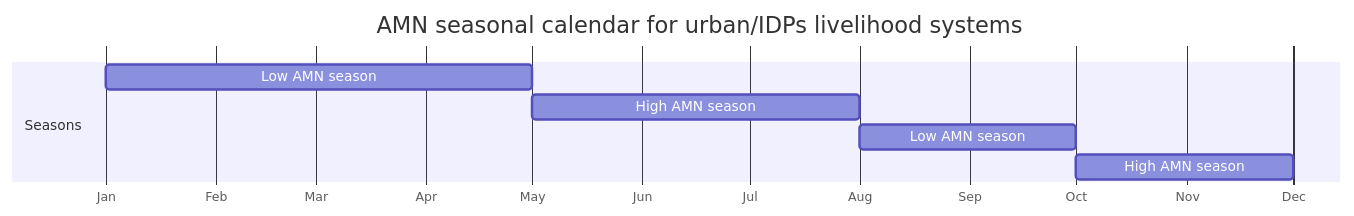
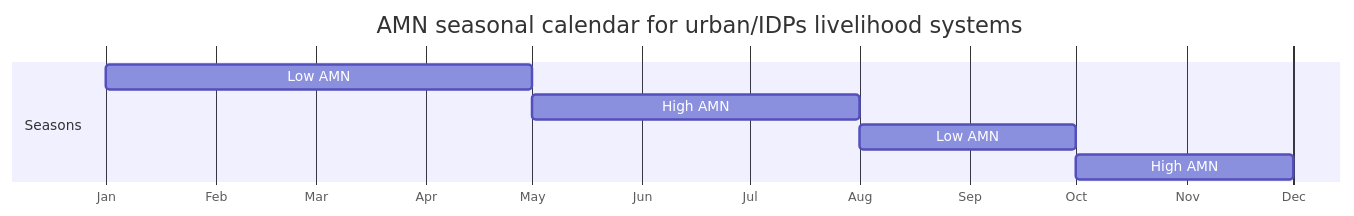
One commit to nutimes/som-sam-admit changed the fifth of 9 diagrams in presentation.qmd. Above: the diagram before and after it, drawn with Mermaid. The commit also changed other lines of this file, not shown here.

````diff
--- a/presentation.qmd
+++ b/presentation.qmd
@@ -630,17 +607,16 @@
 ```{mermaid}
 %%| label: amn-seasonal-calendar-urbanipds
-%%| fig-cap: "Source: adaptation based on this analysis findings"
 %%| fig-cap-location: bottom
 %%| fig-height: 4
 %%| fig-width: 13.7
 gantt
     title  AMN seasonal calendar for urban/IDPs livelihood systems
     dateFormat M
     axisFormat %b
     todayMarker off
     section Seasons
-    Low AMN season :1, 5
-    High AMN season :5, 8
-    Low AMN season :8, 10
-    High AMN season :10, 12
+        Low AMN :1, 5
+        High AMN :5, 8
+        Low AMN :8, 10
+        High AMN :10, 12
 ```
````
